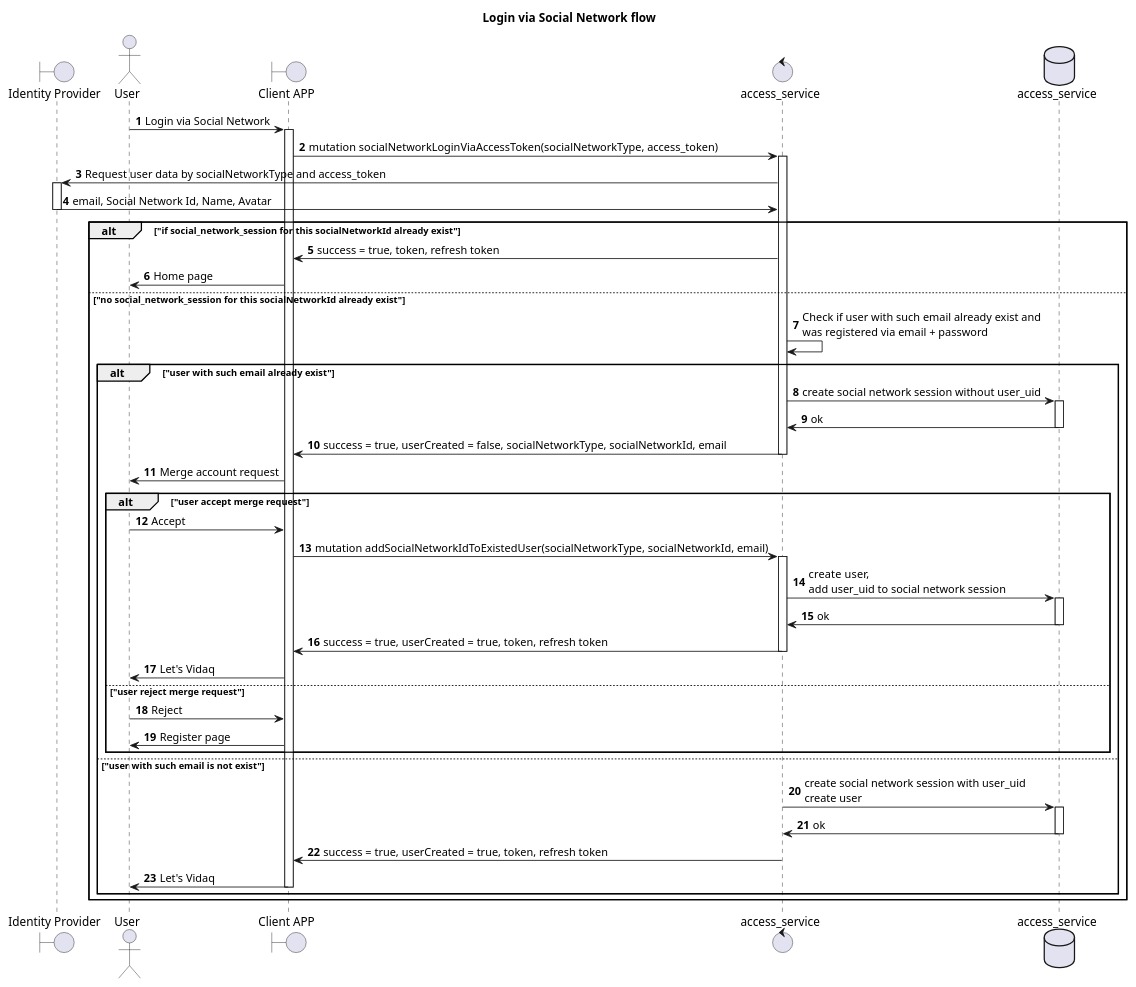
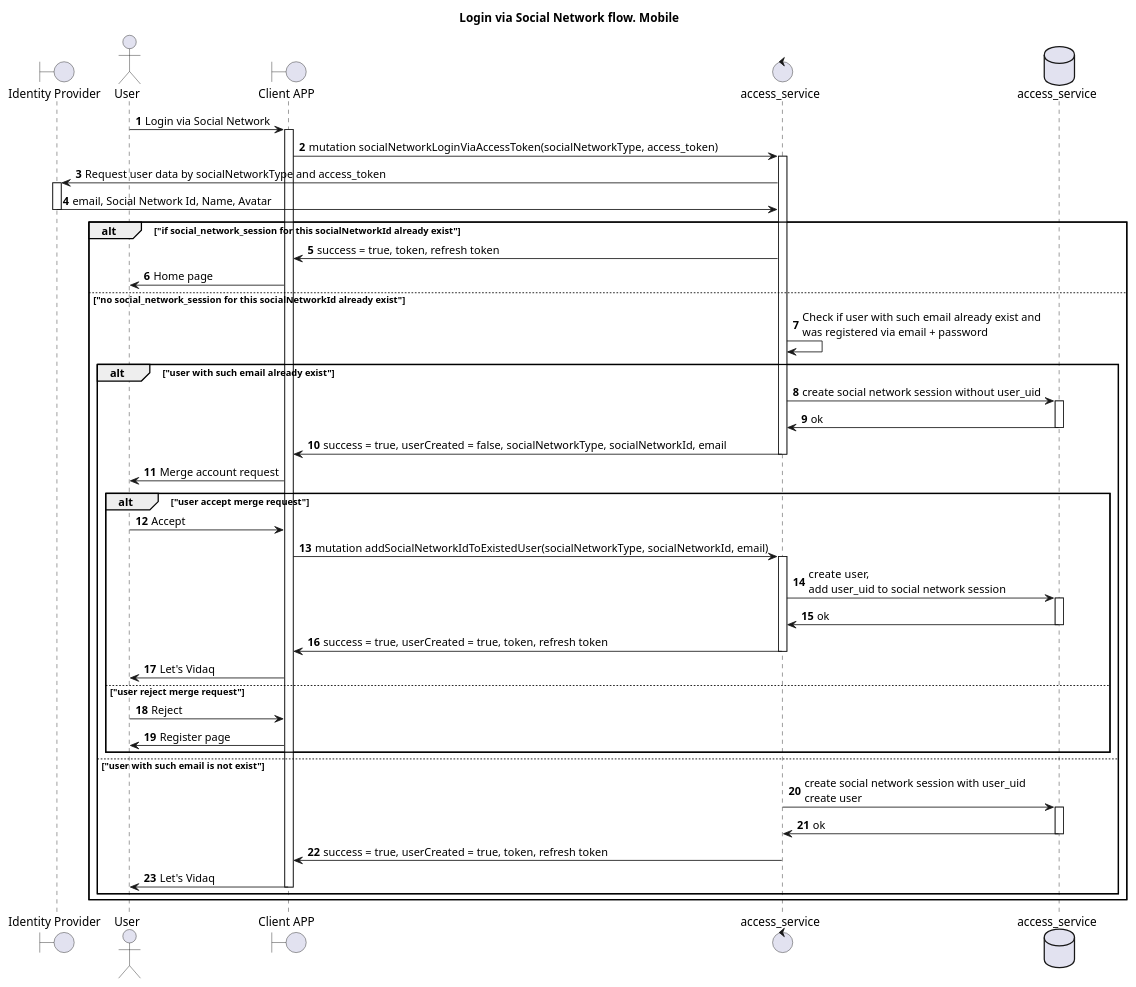
Before and after one commit to algruwork/work: the diagram in schemas/auth_with_social_network_mobile.puml, drawn with PlantUML. The commit also changed 1 other file, not shown here.

Commit message:
fix auth via social schemas

```diff
--- a/schemas/auth_with_social_network_mobile.puml
+++ b/schemas/auth_with_social_network_mobile.puml
@@ -1,61 +1,61 @@
 @startuml
 
-title "Login via Social Network flow"
+title "Login via Social Network flow. Mobile"
 boundary "Identity Provider" as SN
 actor User as U
 boundary "Client APP" as GUI
 control "access_service" as AC
 database "access_service" as DB
 
 autonumber
 
 U-> GUI: Login via Social Network
 activate GUI
 GUI -> AC: mutation socialNetworkLoginViaAccessToken(socialNetworkType, access_token)
 
 activate AC
 AC -> SN: Request user data by socialNetworkType and access_token
 activate SN
 SN -> AC: email, Social Network Id, Name, Avatar
 deactivate SN
 alt "if social_network_session for this socialNetworkId already exist"
 AC -> GUI: success = true, token, refresh token
 GUI -> U: Home page
 else "no social_network_session for this socialNetworkId already exist"
 AC -> AC: Check if user with such email already exist and\nwas registered via email + password
 alt "user with such email already exist"
 AC -> DB: create social network session without user_uid
 activate DB
 DB -> AC: ok
 deactivate DB
 AC -> GUI: success = true, userCreated = false, socialNetworkType, socialNetworkId, email
 deactivate AC
 GUI -> U: Merge account request
 alt "user accept merge request"
 U -> GUI: Accept
 GUI -> AC: mutation addSocialNetworkIdToExistedUser(socialNetworkType, socialNetworkId, email)
 activate AC
 AC -> DB: create user,\nadd user_uid to social network session
 activate DB
 DB -> AC: ok
 deactivate DB
 AC -> GUI: success = true, userCreated = true, token, refresh token
 deactivate AC
 GUI -> U: Let's Vidaq
 else "user reject merge request"
 U -> GUI: Reject
 GUI -> U: Register page
 end
 else  "user with such email is not exist"
 AC -> DB: create social network session with user_uid \ncreate user
 activate DB
 DB -> AC: ok
 deactivate DB
 AC -> GUI: success = true, userCreated = true, token, refresh token
 deactivate AC
 GUI -> U: Let's Vidaq
 deactivate GUI
 end
 end
 
 @enduml
```
